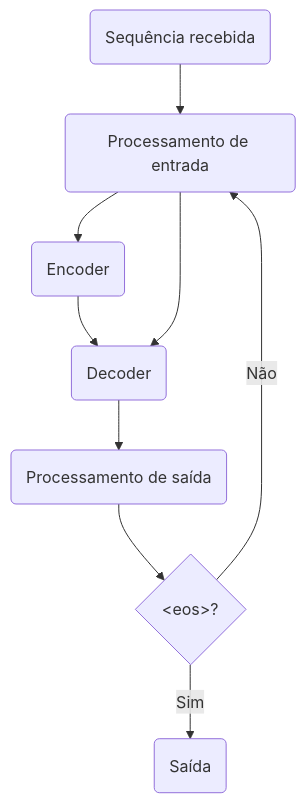
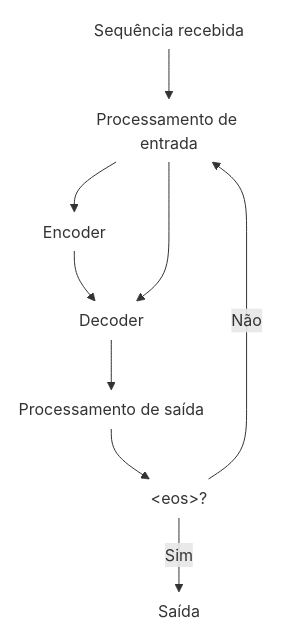
One commit to eshiraishi/eshiraishi.github.io changed the first of 7 diagrams in src/content/posts/transformers.md. Above: the diagram before and after it, drawn with Mermaid. The commit also changed other lines of this file and 3 other files, not shown here.

Commit message:
feat: remove borders from diagrams

````diff
--- a/src/content/posts/transformers.md
+++ b/src/content/posts/transformers.md
@@ -1407,14 +1407,14 @@
 ```mermaid
 flowchart
     direction TB
-    input(Sequência recebida)
-    inputProcessing(Processamento de entrada)
-    encoder("Encoder") 
-    decoder("Decoder")
-    outputProcessing(Processamento de saída)
-    conditional{"`&lt;eos&gt;?`"}
+    input@{ shape: text, label: "Sequência recebida" }
+    inputProcessing@{ shape: text, label: "Processamento de entrada" }
+    encoder@{ shape: text, label: "Encoder" }
+    decoder@{ shape: text, label: "Decoder" }
+    outputProcessing@{ shape: text, label: "Processamento de saída" }
+    conditional@{ shape: text, label: "&lt;eos&gt;?" }
     input --> inputProcessing --> encoder --> decoder --> outputProcessing
     inputProcessing --> decoder
     outputProcessing --> conditional -- Não --> inputProcessing
-    conditional -- Sim --> output(Saída)
+    conditional -- Sim --> output@{ shape: text, label: "Saída" }
 ```
````
